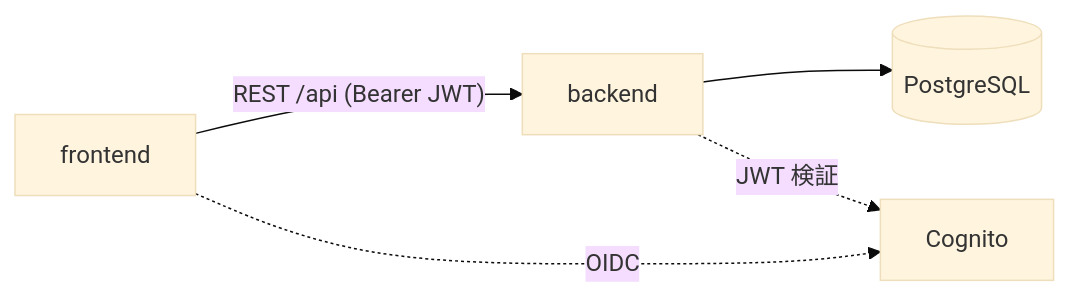
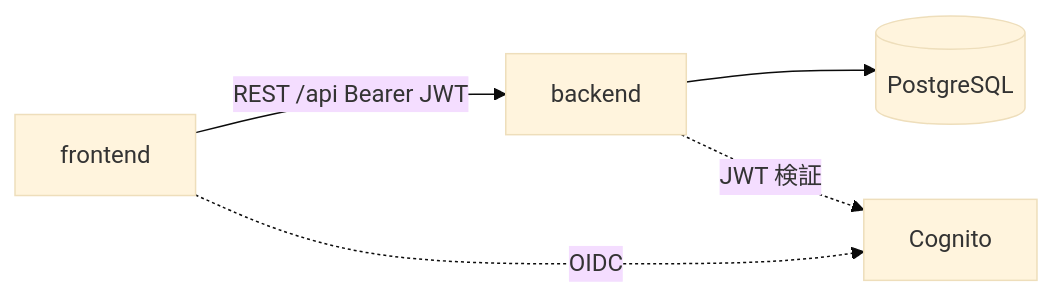
One commit to CHS-Training-Org/ai_training_for_chuo_system changed the diagram in Docs/spec/aidlc-docs/inception/reverse-engineering/dependencies.md. Above: the diagram before and after it, drawn with Mermaid (base theme). The commit also changed other lines of this file and 28 other files, not shown here.

````diff
--- a/Docs/spec/aidlc-docs/inception/reverse-engineering/dependencies.md
+++ b/Docs/spec/aidlc-docs/inception/reverse-engineering/dependencies.md
@@ -5,7 +5,7 @@
 ```mermaid
 flowchart LR
-    FE["frontend"] -->|"REST /api (Bearer JWT)"| BE["backend"]
+    FE["frontend"] -->|"REST /api Bearer JWT"| BE["backend"]
     BE --> PG[("PostgreSQL")]
     FE -.->|"OIDC"| Cognito["Cognito"]
     BE -.->|"JWT 検証"| Cognito
 ```
````
